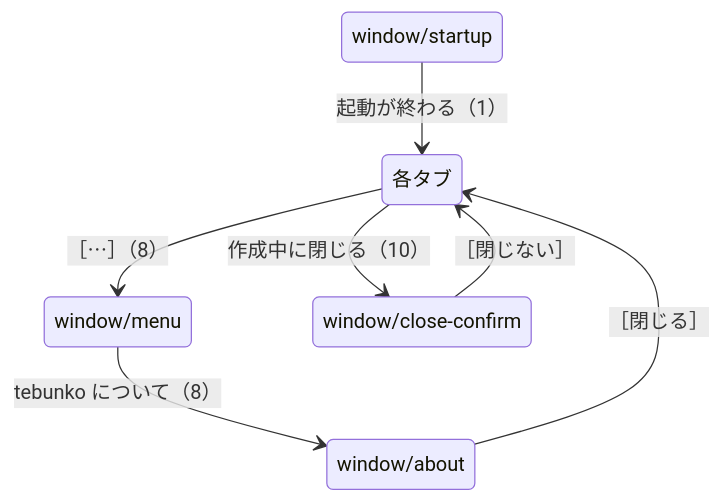
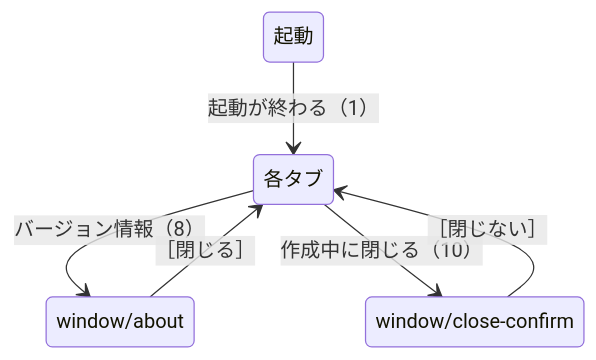
The diagram in docs/design/gui/screens/window.md (hsgwa/tebunko), drawn with Mermaid before and after one commit. The commit also changed other lines of this file and 312 other files, not shown here.

````diff
--- a/docs/design/gui/screens/window.md
+++ b/docs/design/gui/screens/window.md
@@ -17,14 +16,12 @@
 ```mermaid
 stateDiagram-v2
-    state "window/startup" as startup
+    state "起動" as startup
     state "各タブ" as tabs
-    state "window/menu" as menu
     state "window/about" as about
     state "window/close-confirm" as close
     startup --> tabs: 起動が終わる（1）
-    tabs --> menu: ［⋯］（8）
-    menu --> about: tebunko について（8）
+    tabs --> about: バージョン情報（8）
     about --> tabs: ［閉じる］
     tabs --> close: 作成中に閉じる（10）
     close --> tabs: ［閉じない］
 ```
````
